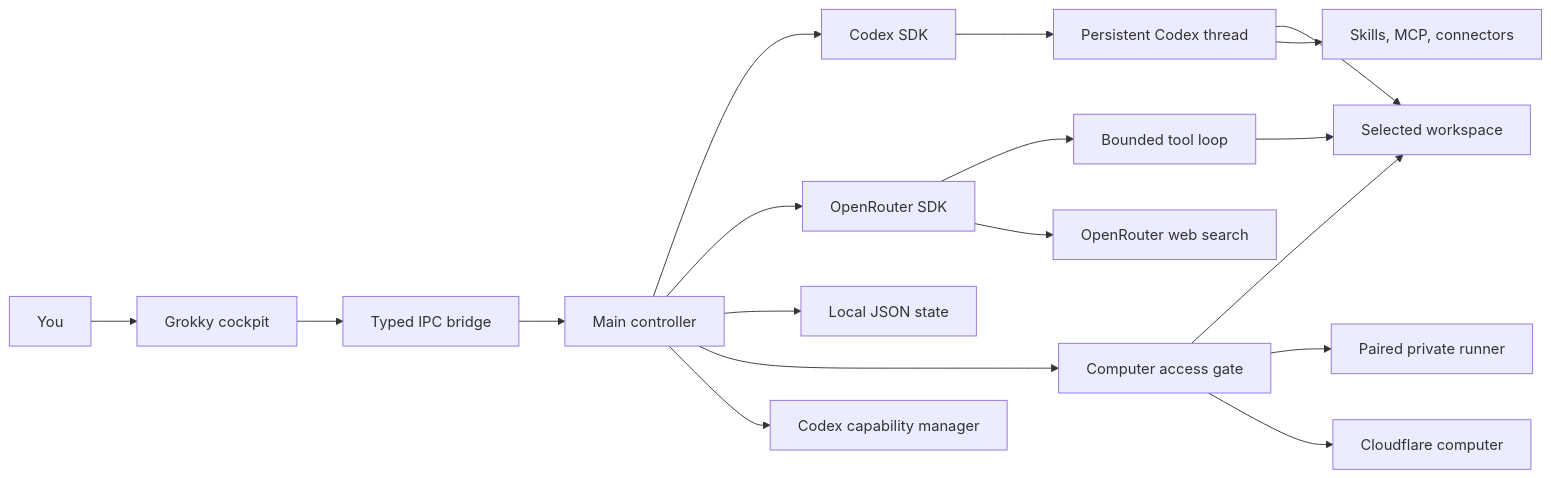
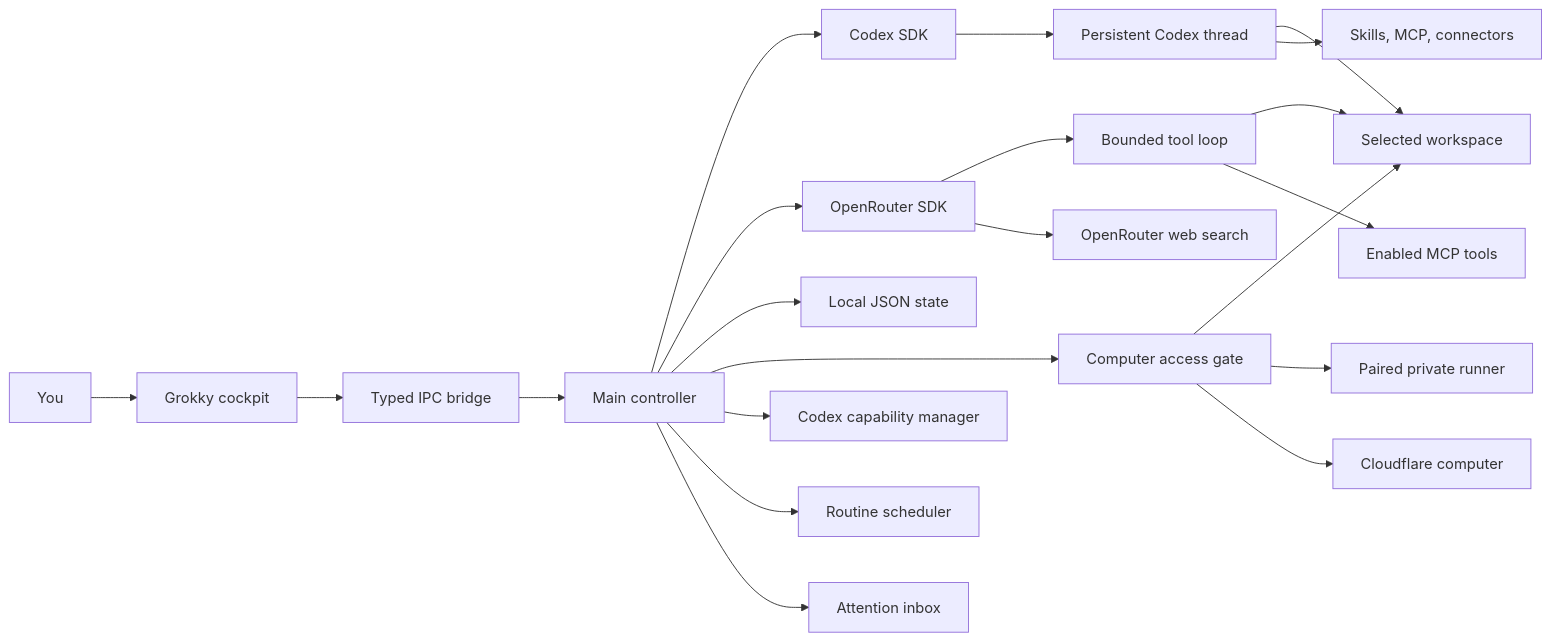
Before and after one commit to earlyaidopters/grokky: the first of 4 diagrams in README.md, drawn with Mermaid. The commit also changed other lines of this file and 26 other files, not shown here.

````diff
--- a/README.md
+++ b/README.md
@@ -56,24 +63,27 @@
 ```mermaid
 flowchart LR
   U[You] --> UI[Grokky cockpit]
   UI --> B[Typed IPC bridge]
   B --> C[Main controller]
 
   C --> CX[Codex SDK]
   C --> OR[OpenRouter SDK]
   C --> DB[Local JSON state]
   C --> CA[Computer access gate]
   C --> CM[Codex capability manager]
+  C --> RS[Routine scheduler]
+  C --> AT[Attention inbox]
 
   CX --> CT[Persistent Codex thread]
   CT --> CW[Selected workspace]
   CT --> CC[Skills, MCP, connectors]
 
   OR --> OL[Bounded tool loop]
   OL --> CW
+  OL --> EM[Enabled MCP tools]
   OR --> OW[OpenRouter web search]
 
   CA --> CW
   CA --> RR[Paired private runner]
   CA --> CF[Cloudflare computer]
 ```
````
